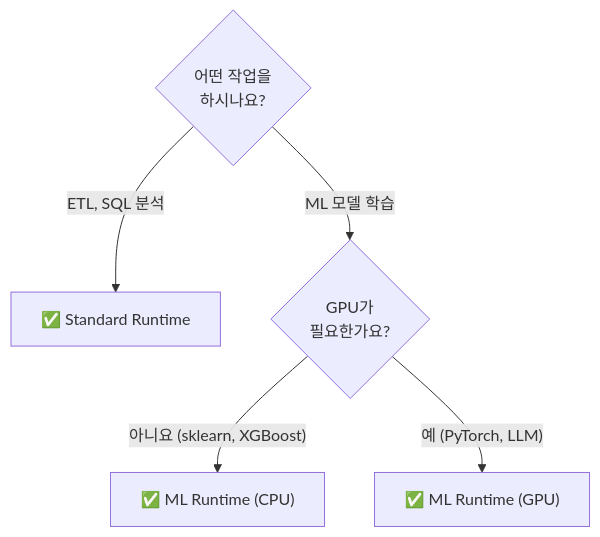
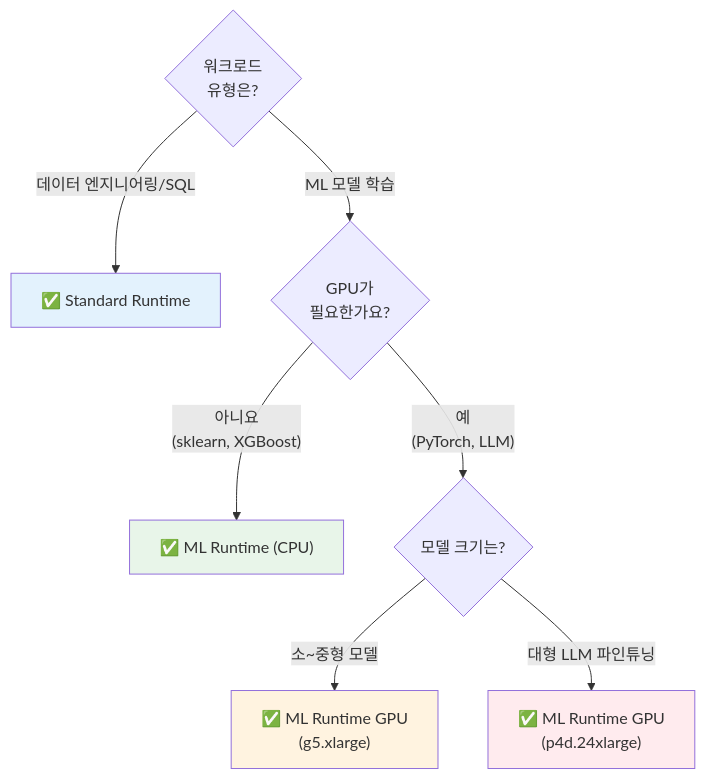
One commit to SimyungYang/simyung-dbx-training changed the third of 3 diagrams in 09-machine-learning/ml-runtime.md. Above: the diagram before and after it, drawn with Mermaid. The commit also changed other lines of this file and 37 other files, not shown here.

````diff
--- a/09-machine-learning/ml-runtime.md
+++ b/09-machine-learning/ml-runtime.md
@@ -87,8 +266,15 @@
 ```mermaid
 graph TD
-    Q1{"어떤 작업을<br/>하시나요?"}
-    Q1 -->|"ETL, SQL 분석"| STD["✅ Standard Runtime"]
+    Q1{"워크로드<br/>유형은?"}
+    Q1 -->|"데이터 엔지니어링/SQL"| STD["✅ Standard Runtime"]
     Q1 -->|"ML 모델 학습"| Q2{"GPU가<br/>필요한가요?"}
-    Q2 -->|"아니요 (sklearn, XGBoost)"| MLR["✅ ML Runtime (CPU)"]
-    Q2 -->|"예 (PyTorch, LLM)"| GPU["✅ ML Runtime (GPU)"]
+    Q2 -->|"아니요<br/>(sklearn, XGBoost)"| MLR["✅ ML Runtime (CPU)"]
+    Q2 -->|"예<br/>(PyTorch, LLM)"| Q3{"모델 크기는?"}
+    Q3 -->|"소~중형 모델"| GPU_S["✅ ML Runtime GPU<br/>(g5.xlarge)"]
+    Q3 -->|"대형 LLM 파인튜닝"| GPU_L["✅ ML Runtime GPU<br/>(p4d.24xlarge)"]
+
+    style STD fill:#e3f2fd
+    style MLR fill:#e8f5e9
+    style GPU_S fill:#fff3e0
+    style GPU_L fill:#ffebee
 ```
````
